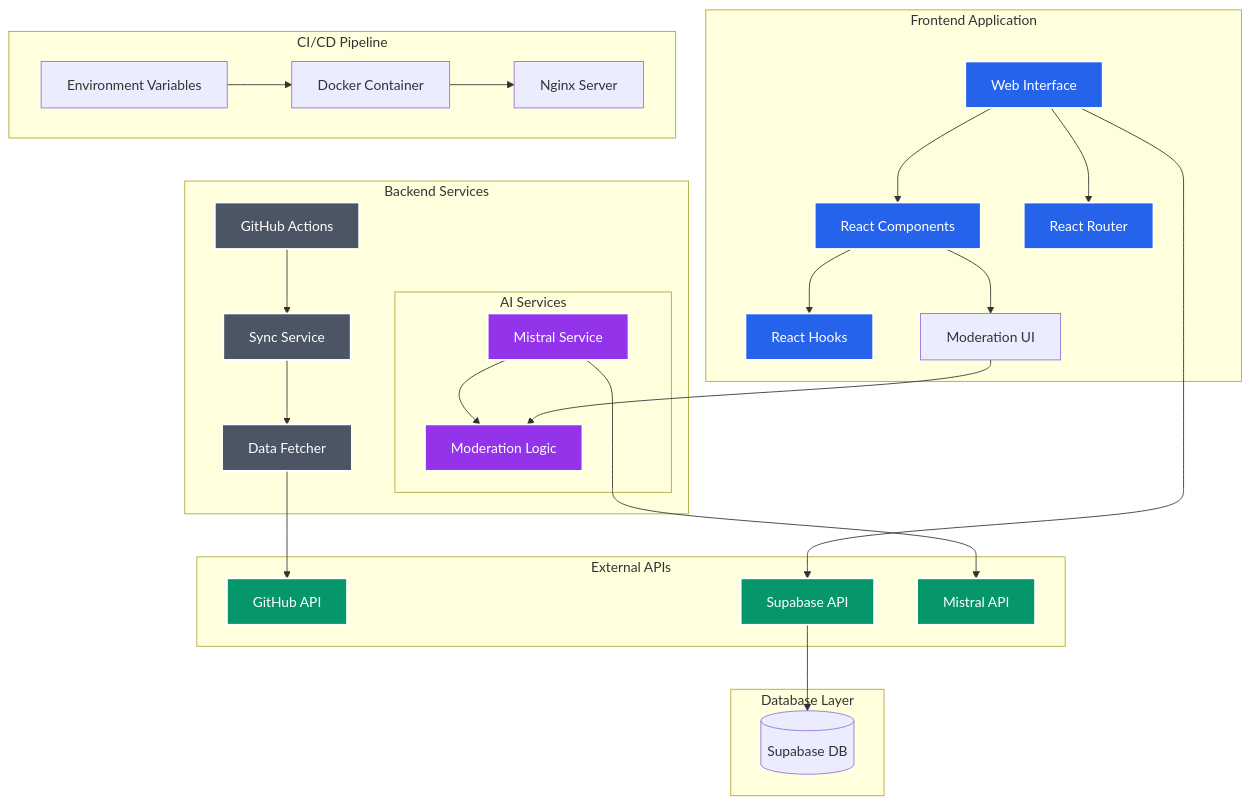
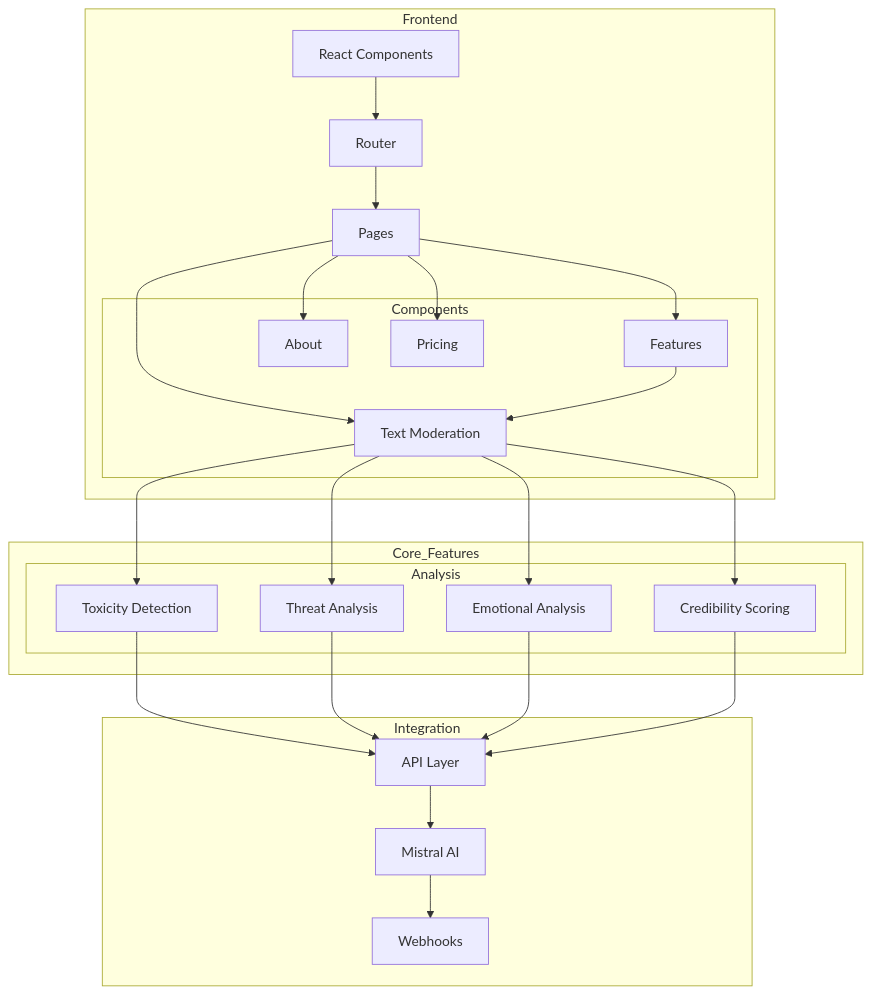
The third of 3 diagrams in README.md (nathan-myers/Maverick-AI), drawn with Mermaid before and after one commit. The commit also changed other lines of this file, not shown here.

First line of the commit message:
docs: comprehensive README update with system architecture and features

````diff
--- a/README.md
+++ b/README.md
@@ -206,68 +92,39 @@
 ```mermaid
-graph TB
-    subgraph "Frontend Application"
-        WEB[Web Interface]
-        COMP[React Components]
-        HOOKS[React Hooks]
-        ROUTE[React Router]
-        MOD_UI[Moderation UI]
-        
-        WEB --> COMP
-        COMP --> HOOKS
-        WEB --> ROUTE
-        COMP --> MOD_UI
+graph TD
+    subgraph Frontend
+        RC[React Components]
+        RT[Router]
+        PS[Pages]
+        subgraph Components
+            FT[Features]
+            AB[About]
+            TM[Team]
+            PR[Pricing]
+        end
     end
 
-    subgraph "Backend Services"
-        GHA[GitHub Actions]
-        SYNC[Sync Service]
-        FETCH[Data Fetcher]
-        
-        subgraph "AI Services"
-            MS[Mistral Service]
-            MOD[Moderation Logic]
-            
-            MS --> MOD
+    subgraph Core_Features
+        TM[Text Moderation]
+        subgraph Analysis
+            TX[Toxicity Detection]
+            TH[Threat Analysis]
+            EM[Emotional Analysis]
+            CR[Credibility Scoring]
         end
-        
-        GHA --> SYNC
-        SYNC --> FETCH
     end
 
-    subgraph "External APIs"
-        GITHUB[GitHub API]
-        SUPA[Supabase API]
-        MISTRAL[Mistral API]
-        
-        FETCH --> GITHUB
-        MS --> MISTRAL
+    subgraph Integration
+        API[API Layer]
+        MA[Mistral AI]
+        WH[Webhooks]
     end
 
-    subgraph "Database Layer"
-        DB[(Supabase DB)]
-        
-        SUPA --> DB
-    end
-
-    subgraph "CI/CD Pipeline"
-        DOCKER[Docker Container]
-        NGINX[Nginx Server]
-        ENV[Environment Variables]
-        
-        DOCKER --> NGINX
-        ENV --> DOCKER
-    end
-
-    WEB --> SUPA
-    MOD_UI --> MOD
-    
-    classDef primary fill:#2563eb,stroke:#fff,stroke-width:2px,color:#fff
-    classDef secondary fill:#4b5563,stroke:#fff,stroke-width:2px,color:#fff
-    classDef external fill:#059669,stroke:#fff,stroke-width:2px,color:#fff
-    classDef ai fill:#9333ea,stroke:#fff,stroke-width:2px,color:#fff
-    
-    class WEB,COMP,HOOKS,ROUTE primary
-    class GHA,SYNC,FETCH secondary
-    class GITHUB,SUPA,MISTRAL external
-    class MS,MOD ai
+    RC --> RT
+    RT --> PS
+    PS --> FT & AB & TM & PR
+    FT --> TM
+    TM --> TX & TH & EM & CR
+    TX & TH & EM & CR --> API
+    API --> MA
+    MA --> WH
 ```
````
